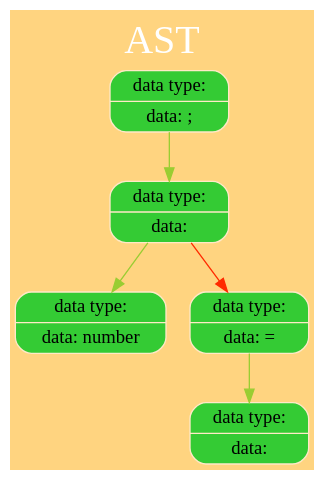
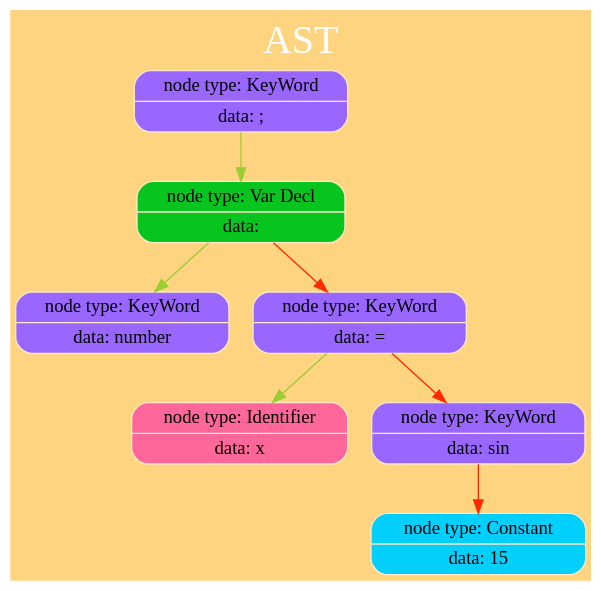
The diagram in Tree/dump/TreeGraph.dot (kand1bober/OOSD-Language), drawn with Graphviz before and after one commit. The commit also changed 10 other files, not shown here.

```diff
--- a/Tree/dump/TreeGraph.dot
+++ b/Tree/dump/TreeGraph.dot
@@ -1,16 +1,18 @@
 digraph G
 {
 charset="latin1";
 label="AST";
 labelloc="t";
 fontsize=30
 fontname="Verdana";
 fontcolor="#FFFFFF"
 
 rankdir=TB;size="200,300";bgcolor="#ffd480";
- node_0x5040000001d0 [shape=record,style="rounded,filled",fillcolor="#34cb34",color="#FFE9C7",label=" { { data type: } | { data: ; } } " ]; node_0x5040000001d0 -> node_0x504000000150 [color = "#9ACD32", arrowsize = 1] ;
- node_0x504000000150 [shape=record,style="rounded,filled",fillcolor="#34cb34",color="#FFE9C7",label=" { { data type: } | { data:  } } " ]; node_0x504000000150 -> node_0x5040000000d0 [color = "#9ACD32", arrowsize = 1] ;
- node_0x5040000000d0 [shape=record,style="rounded,filled",fillcolor="#34cb34",color="#FFE9C7",label=" { { data type: } | { data: number } } " ]; node_0x504000000150 -> node_0x504000000190 [color = "#FF2B00", arrowsize = 1] ;
- node_0x504000000190 [shape=record,style="rounded,filled",fillcolor="#34cb34",color="#FFE9C7",label=" { { data type: } | { data: = } } " ]; node_0x504000000190 -> node_0x504000000110 [color = "#9ACD32", arrowsize = 1] ;
- node_0x504000000110 [shape=record,style="rounded,filled",fillcolor="#34cb34",color="#FFE9C7",label=" { { data type: } | { data:  } } " ]; 
+ node_0x504000000290 [shape=record,style="rounded,filled",fillcolor="#9966FF",color="#FFE9C7",label=" { { node type: KeyWord } | { data: ; } } " ]; node_0x504000000290 -> node_0x504000000190 [color = "#9ACD32", arrowsize = 1] ;
+ node_0x504000000190 [shape=record,style="rounded,filled",fillcolor="#08c41e",color="#FFE9C7",label=" { { node type: Var Decl } | { data:  } } " ]; node_0x504000000190 -> node_0x504000000110 [color = "#9ACD32", arrowsize = 1] ;
+ node_0x504000000110 [shape=record,style="rounded,filled",fillcolor="#9966FF",color="#FFE9C7",label=" { { node type: KeyWord } | { data: number } } " ]; node_0x504000000190 -> node_0x5040000001d0 [color = "#FF2B00", arrowsize = 1] ;
+ node_0x5040000001d0 [shape=record,style="rounded,filled",fillcolor="#9966FF",color="#FFE9C7",label=" { { node type: KeyWord } | { data: = } } " ]; node_0x5040000001d0 -> node_0x504000000150 [color = "#9ACD32", arrowsize = 1] ;
+ node_0x504000000150 [shape=record,style="rounded,filled",fillcolor="#ff6699",color="#FFE9C7",label=" { { node type: Identifier } | { data: x } } " ]; node_0x5040000001d0 -> node_0x504000000210 [color = "#FF2B00", arrowsize = 1] ;
+ node_0x504000000210 [shape=record,style="rounded,filled",fillcolor="#9966FF",color="#FFE9C7",label=" { { node type: KeyWord } | { data: sin } } " ]; node_0x504000000210 -> node_0x504000000250 [color = "#FF2B00", arrowsize = 1] ;
+ node_0x504000000250 [shape=record,style="rounded,filled",fillcolor="#03cffc",color="#FFE9C7",label=" { { node type: Constant } | { data: 15 } } " ]; 
 }
```
